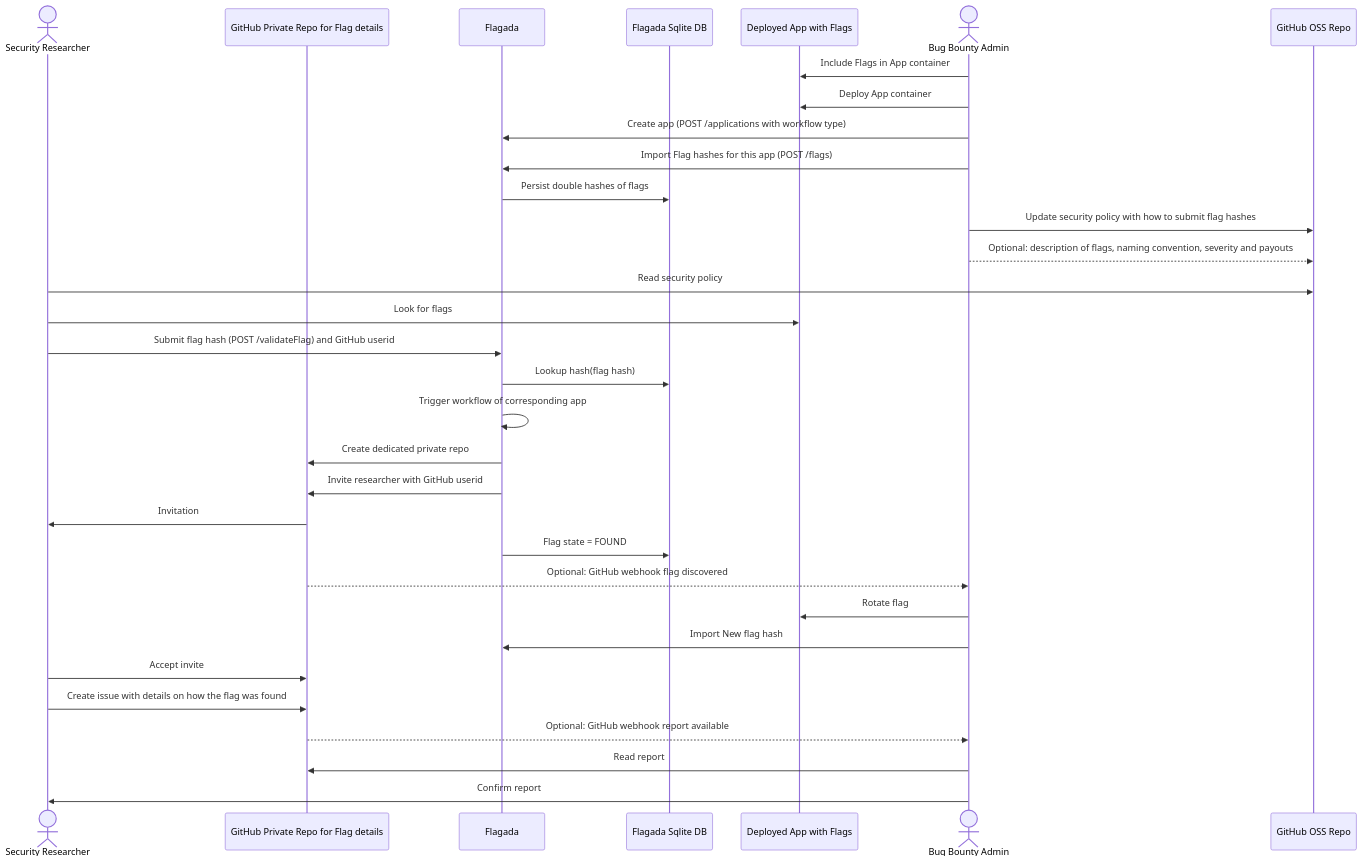
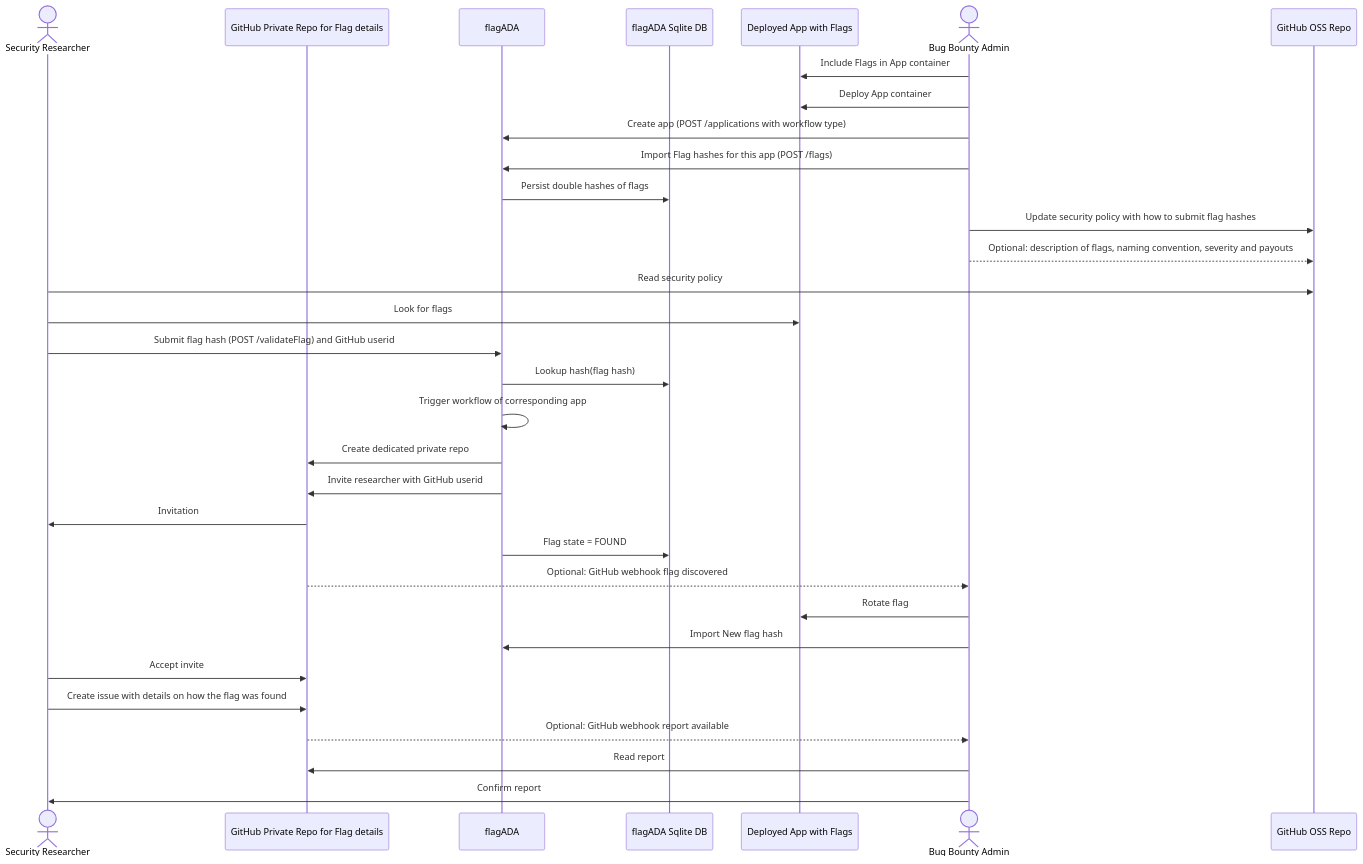
The diagram in github_oss1.md (appsecmatters/flagada), drawn with Mermaid before and after one commit. The commit also changed 1 other file, not shown here.

Commit message:
Slight renaming

````diff
--- a/github_oss1.md
+++ b/github_oss1.md
@@ -19,42 +19,42 @@
 ```mermaid
 sequenceDiagram
     actor Researcher as Security Researcher
     participant GitHub2 as GitHub Private Repo for Flag details
-    participant Flagada
-    participant DB as Flagada Sqlite DB
+    participant flagADA
+    participant DB as flagADA Sqlite DB
     participant App as Deployed App with Flags
     actor Admin as Bug Bounty Admin
     participant GitHub as GitHub OSS Repo
 
     Admin->>App: Include Flags in App container
     Admin->>App: Deploy App container
-    Admin->>Flagada: Create app (POST /applications with workflow type)
-    Admin->>Flagada: Import Flag hashes for this app (POST /flags)
-    Flagada->>DB: Persist double hashes of flags
+    Admin->>flagADA: Create app (POST /applications with workflow type)
+    Admin->>flagADA: Import Flag hashes for this app (POST /flags)
+    flagADA->>DB: Persist double hashes of flags
     Admin->>GitHub: Update security policy with how to submit flag hashes
     Admin-->>GitHub: Optional: description of flags, naming convention, severity and payouts
     
     Researcher->>GitHub: Read security policy
     Researcher->>App: Look for flags
 
-    Researcher->>Flagada: Submit flag hash (POST /validateFlag) and GitHub userid
-    Flagada->>DB: Lookup hash(flag hash)
-    Flagada->>Flagada: Trigger workflow of corresponding app
+    Researcher->>flagADA: Submit flag hash (POST /validateFlag) and GitHub userid
+    flagADA->>DB: Lookup hash(flag hash)
+    flagADA->>flagADA: Trigger workflow of corresponding app
 
-    Flagada->>GitHub2: Create dedicated private repo
-    Flagada->>GitHub2: Invite researcher with GitHub userid
+    flagADA->>GitHub2: Create dedicated private repo
+    flagADA->>GitHub2: Invite researcher with GitHub userid
     GitHub2->>Researcher: Invitation
-    Flagada->>DB: Flag state = FOUND
+    flagADA->>DB: Flag state = FOUND
     GitHub2-->>Admin: Optional: GitHub webhook flag discovered
 
     Admin->>App: Rotate flag
-    Admin->>Flagada: Import New flag hash
+    Admin->>flagADA: Import New flag hash
 
     Researcher->>GitHub2: Accept invite
 
     Researcher->>GitHub2: Create issue with details on how the flag was found
     GitHub2-->>Admin: Optional: GitHub webhook report available
 
     Admin->>GitHub2: Read report
     Admin->>Researcher: Confirm report
 ```
````
